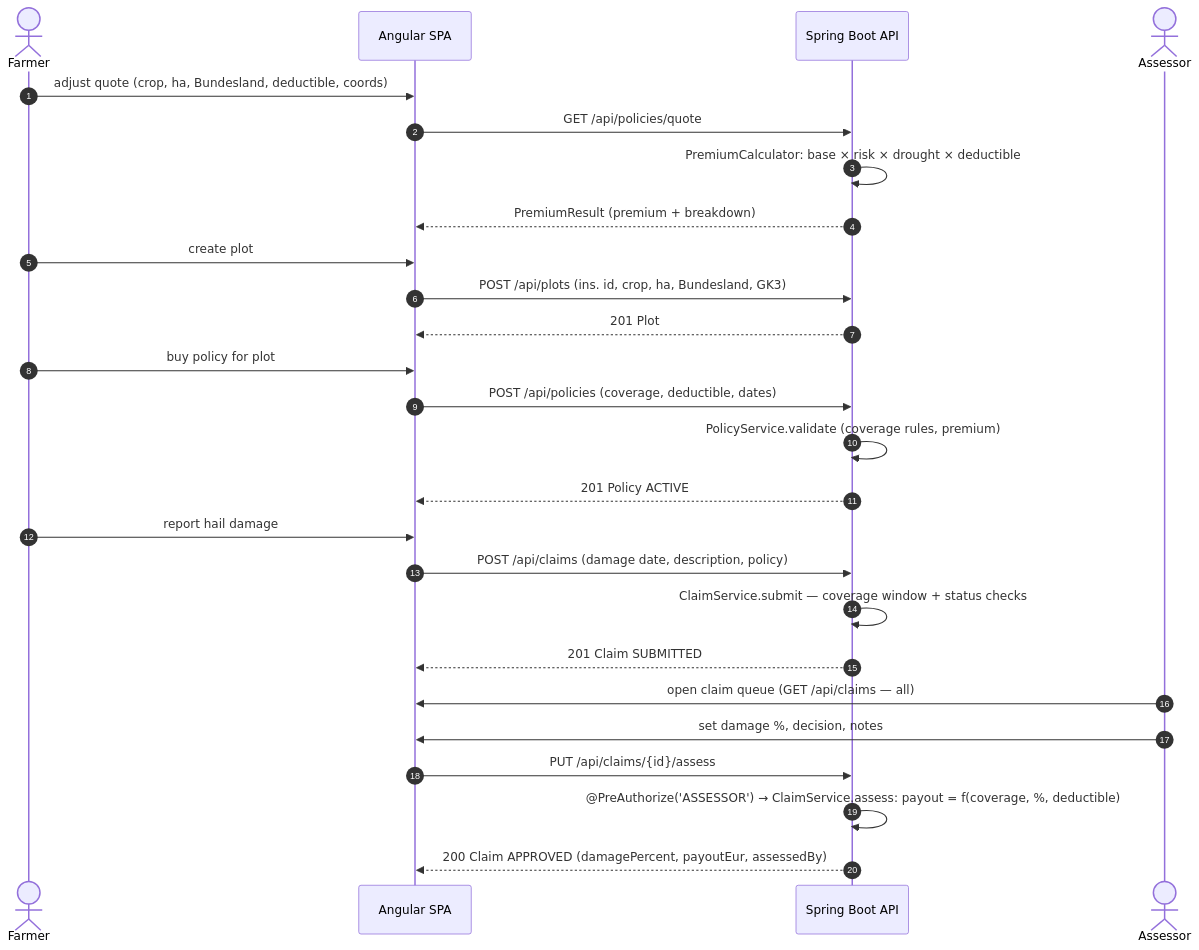
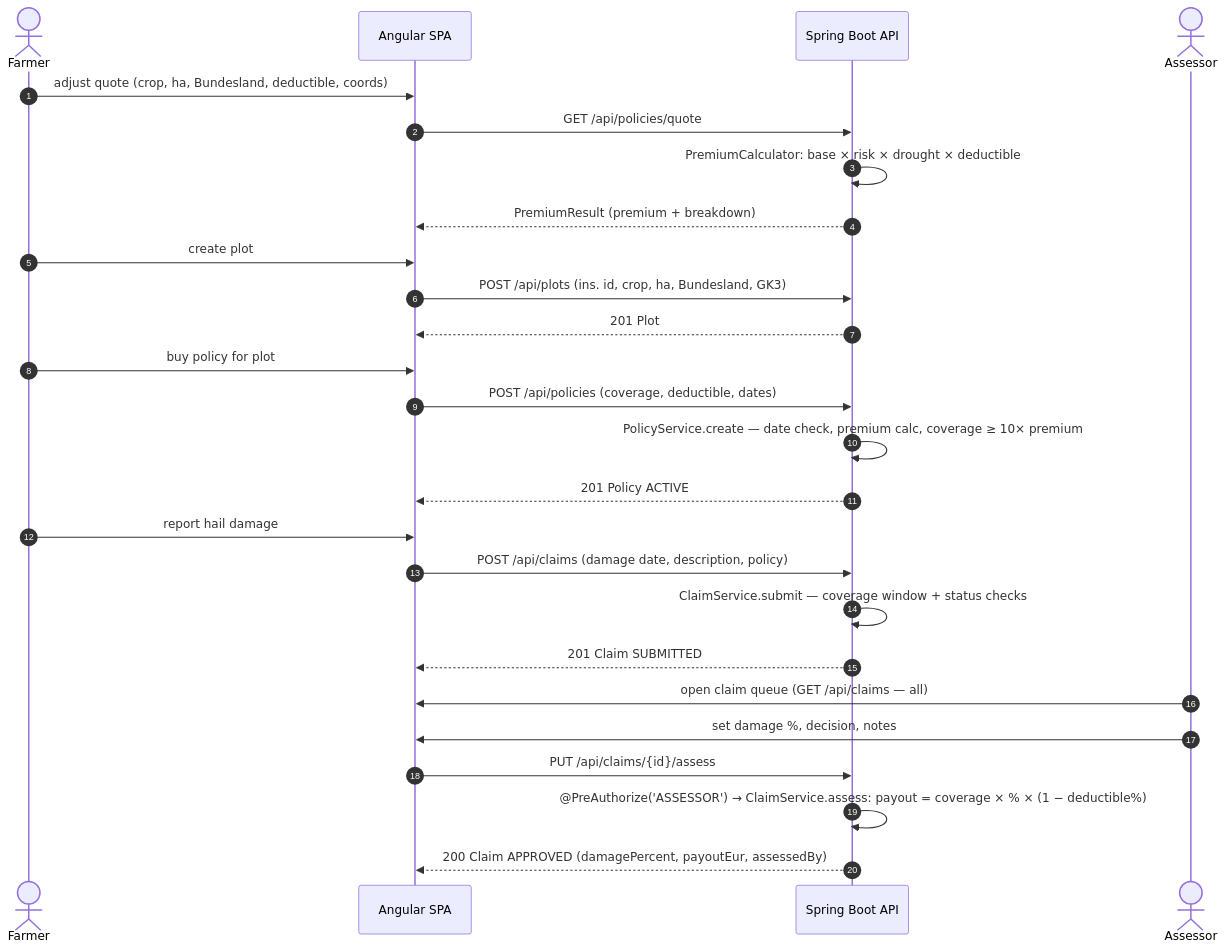
The second of 3 diagrams in docs/arc42/06-runtime-view.md (tobias-weiss-ai-xr/spring-boot-showcase-2026), drawn with Mermaid before and after one commit. The commit also changed other lines of this file and 5 other files, not shown here.

````diff
--- a/docs/arc42/06-runtime-view.md
+++ b/docs/arc42/06-runtime-view.md
@@ -35,29 +35,29 @@
 ```mermaid
 sequenceDiagram
   autonumber
   actor F as Farmer
   participant SPA as Angular SPA
   participant API as Spring Boot API
   actor A as Assessor
 
   F->>SPA: adjust quote (crop, ha, Bundesland, deductible, coords)
   SPA->>API: GET /api/policies/quote
   API->>API: PremiumCalculator: base × risk × drought × deductible
   API-->>SPA: PremiumResult (premium + breakdown)
   F->>SPA: create plot
   SPA->>API: POST /api/plots (ins. id, crop, ha, Bundesland, GK3)
   API-->>SPA: 201 Plot
   F->>SPA: buy policy for plot
   SPA->>API: POST /api/policies (coverage, deductible, dates)
-  API->>API: PolicyService.validate (coverage rules, premium)
+  API->>API: PolicyService.create — date check, premium calc, coverage ≥ 10× premium
   API-->>SPA: 201 Policy ACTIVE
   F->>SPA: report hail damage
   SPA->>API: POST /api/claims (damage date, description, policy)
   API->>API: ClaimService.submit — coverage window + status checks
   API-->>SPA: 201 Claim SUBMITTED
   A->>SPA: open claim queue (GET /api/claims — all)
   A->>SPA: set damage %, decision, notes
   SPA->>API: PUT /api/claims/{id}/assess
-  API->>API: @PreAuthorize('ASSESSOR') → ClaimService.assess: payout = f(coverage, %, deductible)
+  API->>API: @PreAuthorize('ASSESSOR') → ClaimService.assess: payout = coverage × % × (1 − deductible%)
   API-->>SPA: 200 Claim APPROVED (damagePercent, payoutEur, assessedBy)
 ```
````
